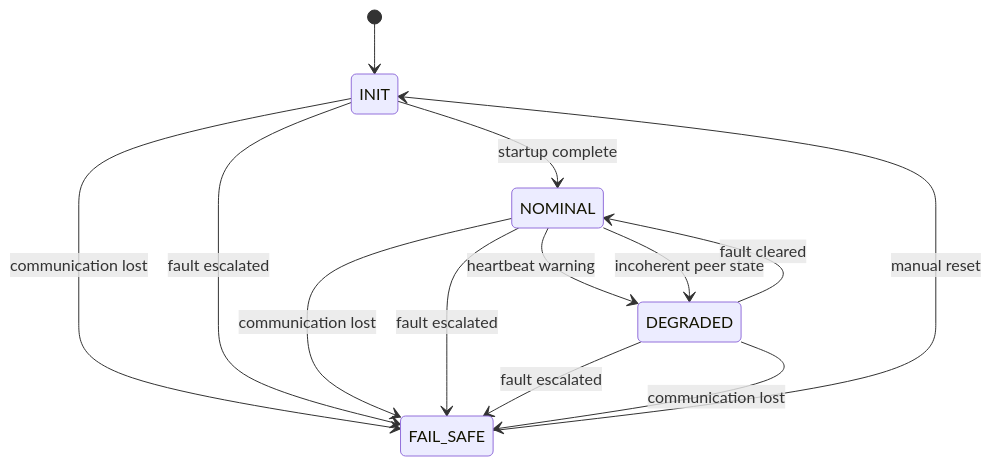
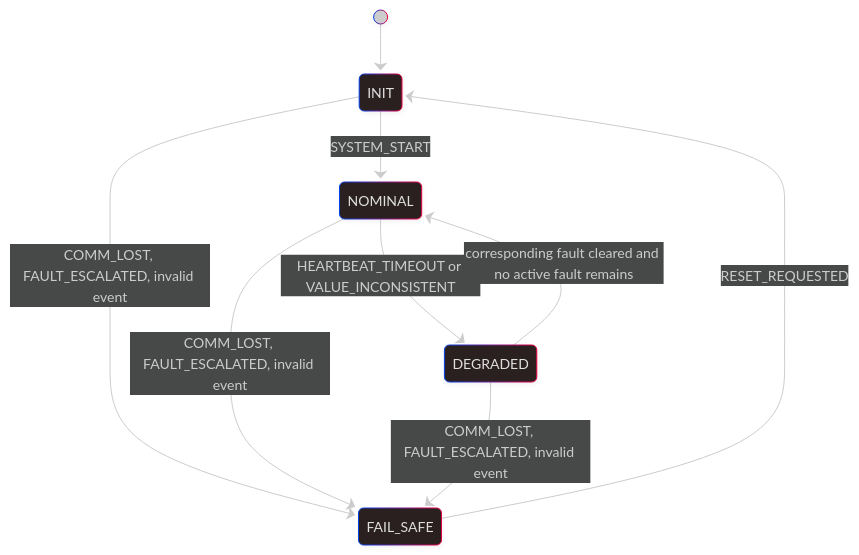
Before and after one commit to PGADS-Dev/Sentinel-Dual-Control-System: the diagram in docs/state-machine.md, drawn with Mermaid. The commit also changed other lines of this file, not shown here.

First line of the commit message:
docs(state-machine): formalize operating contract and fault models

````diff
--- a/docs/state-machine.md
+++ b/docs/state-machine.md
@@ -93,18 +226,20 @@
 ```mermaid
+---
+config:
+  theme: neo-dark
+  layout: dagre
+  look: neo
+---
 stateDiagram-v2
     [*] --> INIT
-    INIT --> NOMINAL: startup complete
-    INIT --> FAIL_SAFE: communication lost
-    INIT --> FAIL_SAFE: fault escalated
+    INIT --> NOMINAL: SYSTEM_START
+    INIT --> FAIL_SAFE: COMM_LOST, FAULT_ESCALATED, invalid event
 
-    NOMINAL --> DEGRADED: heartbeat warning
-    NOMINAL --> DEGRADED: incoherent peer state
-    NOMINAL --> FAIL_SAFE: communication lost
-    NOMINAL --> FAIL_SAFE: fault escalated
+    NOMINAL --> DEGRADED: HEARTBEAT_TIMEOUT or VALUE_INCONSISTENT
+    NOMINAL --> FAIL_SAFE: COMM_LOST, FAULT_ESCALATED, invalid event
 
-    DEGRADED --> NOMINAL: fault cleared
-    DEGRADED --> FAIL_SAFE: fault escalated
-    DEGRADED --> FAIL_SAFE: communication lost
+    DEGRADED --> NOMINAL: corresponding fault cleared and no active fault remains
+    DEGRADED --> FAIL_SAFE: COMM_LOST, FAULT_ESCALATED, invalid event
 
-    FAIL_SAFE --> INIT: manual reset
+    FAIL_SAFE --> INIT: RESET_REQUESTED
 ```
````
